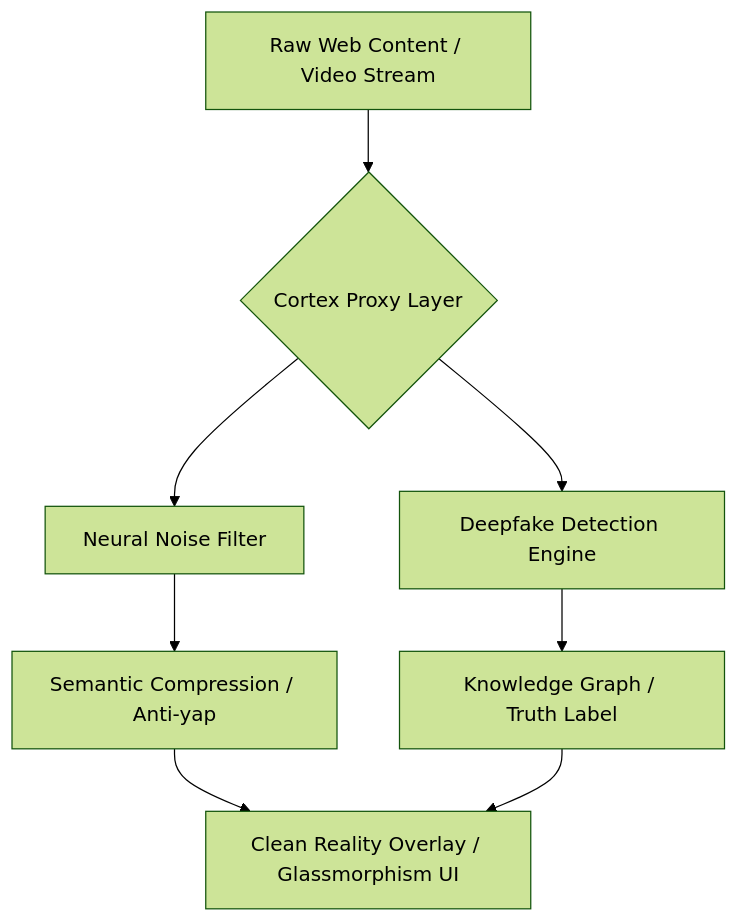
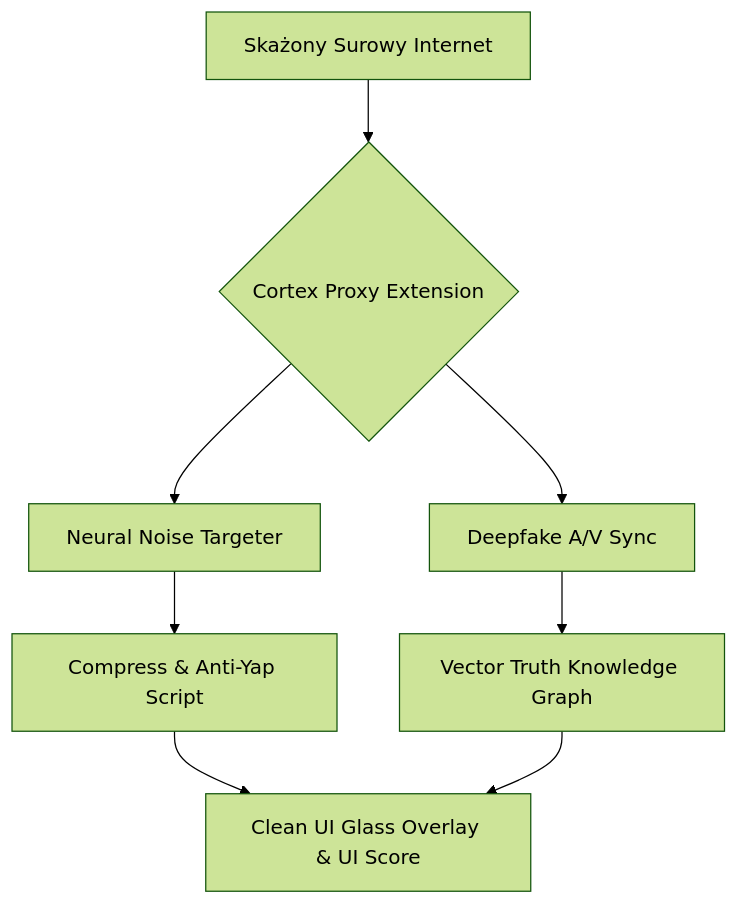
The diagram in README.md (CryptGodSon/cortex-reality-filter), drawn with Mermaid (forest theme) before and after one commit. The commit also changed other lines of this file, not shown here.

Commit message:
Rozbudowa README.md o ikone wtyczki, The Dead Internet i estetyke

````diff
--- a/README.md
+++ b/README.md
@@ -30,9 +49,9 @@
 ```mermaid
 graph TD
-    A[Raw Web Content / Video Stream] --> B{Cortex Proxy Layer}
-    B --> C[Neural Noise Filter]
-    B --> D[Deepfake Detection Engine]
-    C --> E[Semantic Compression / Anti-yap]
-    D --> F[Knowledge Graph / Truth Label]
-    E & F --> G[Clean Reality Overlay / Glassmorphism UI]
+    A[Skażony Surowy Internet]--> B{Cortex Proxy Extension}
+    B --> C[Neural Noise Targeter]
+    B --> D[Deepfake A/V Sync]
+    C --> E[Compress & Anti-Yap Script]
+    D --> F[Vector Truth Knowledge Graph]
+    E & F --> G[Clean UI Glass Overlay & UI Score]
 ```
````
